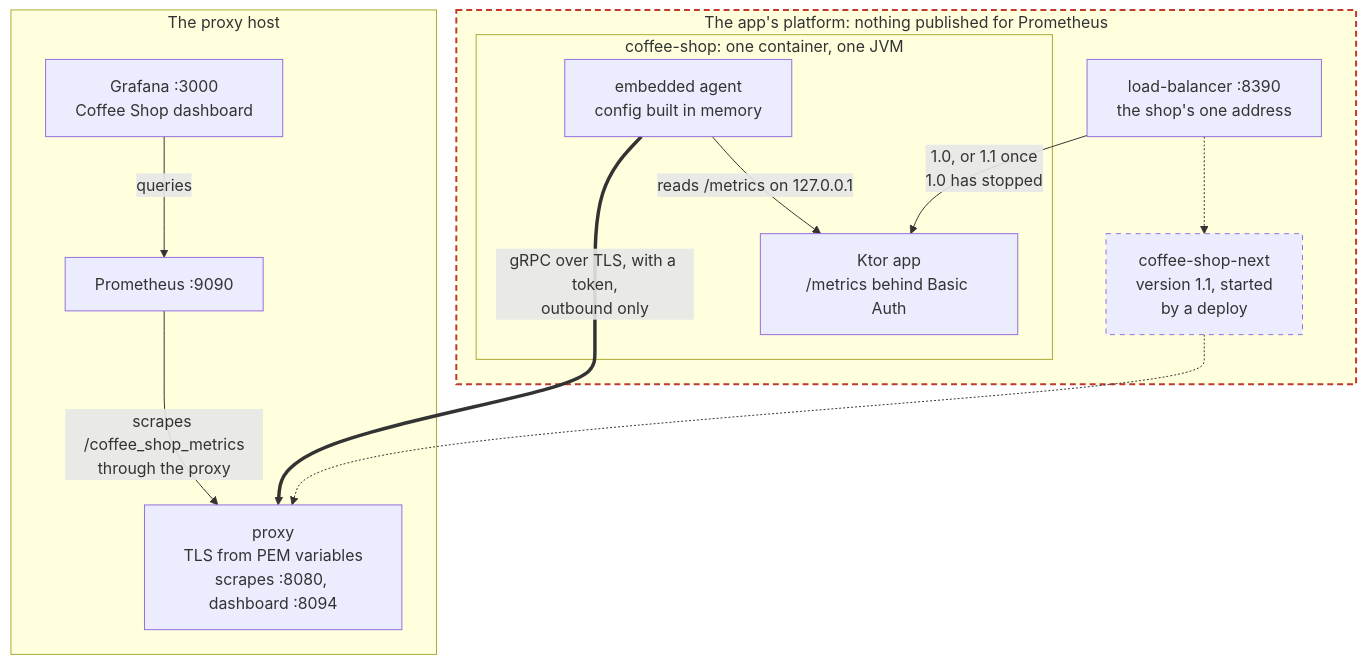
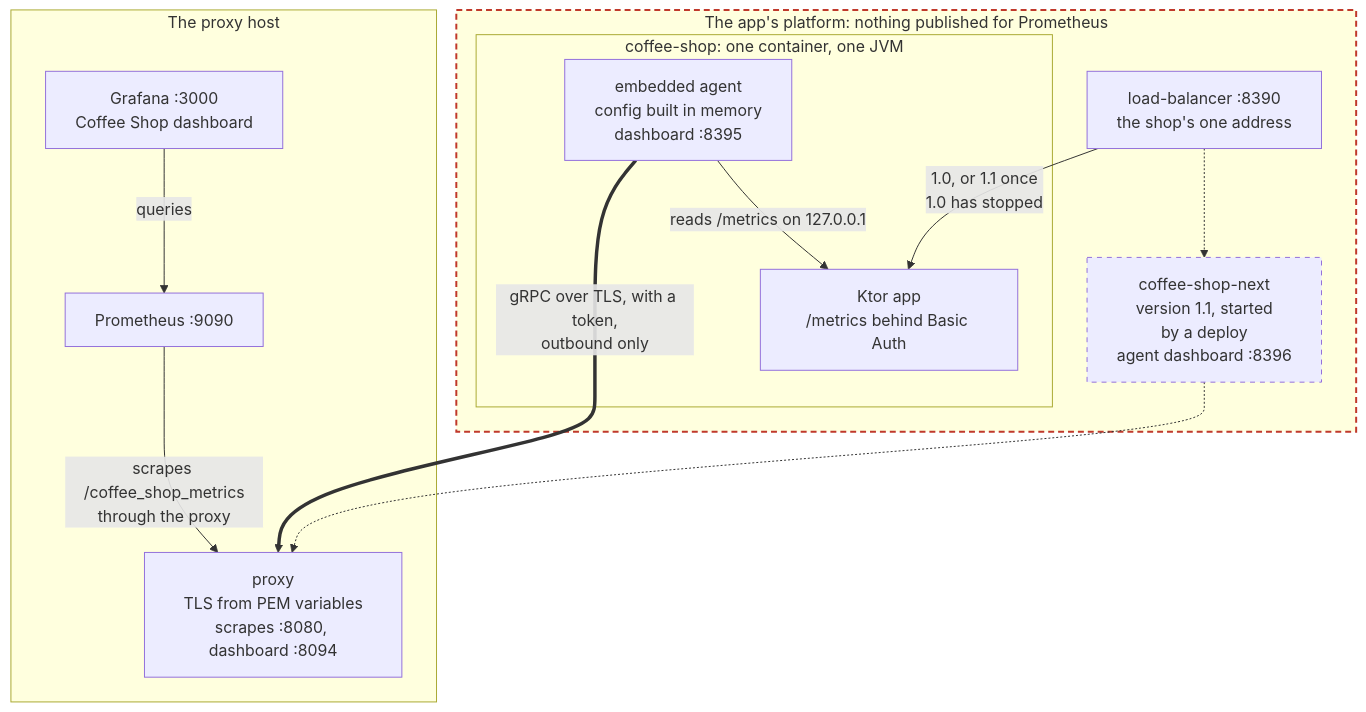
The diagram in demos/embedded/README.md (pambrose/prometheus-proxy), drawn with Mermaid before and after one commit. The commit also changed other lines of this file and 112 other files, not shown here.

First line of the commit message:
Add an Activity view to the agent's dashboard, its Helm values, a theme button, and the agent's side to every demo (#483)

````diff
--- a/demos/embedded/README.md
+++ b/demos/embedded/README.md
@@ -15,29 +15,29 @@
 ```mermaid
 flowchart TB
   subgraph platform["The app's platform: nothing published for Prometheus"]
     lb["load-balancer :8390<br/>the shop's one address"]
     subgraph app["coffee-shop: one container, one JVM"]
       ktor["Ktor app<br/>/metrics behind Basic Auth"]
-      agent["embedded agent<br/>config built in memory"]
+      agent["embedded agent<br/>config built in memory<br/>dashboard :8395"]
     end
-    next["coffee-shop-next<br/>version 1.1, started<br/>by a deploy"]
+    next["coffee-shop-next<br/>version 1.1, started<br/>by a deploy<br/>agent dashboard :8396"]
   end
 
   subgraph host["The proxy host"]
     proxy["proxy<br/>TLS from PEM variables<br/>scrapes :8080, dashboard :8094"]
     prometheus["Prometheus :9090"]
     grafana["Grafana :3000<br/>Coffee Shop dashboard"]
   end
 
   lb -->|"1.0, or 1.1 once<br/>1.0 has stopped"| ktor
   lb -.-> next
   agent -->|"reads /metrics on 127.0.0.1"| ktor
   agent ==>|"gRPC over TLS, with a token,<br/>outbound only"| proxy
   next -.-> proxy
   prometheus -->|"scrapes /coffee_shop_metrics<br/>through the proxy"| proxy
   grafana -->|queries| prometheus
 
   classDef started stroke-dasharray: 5 5
   class next started
   style platform stroke:#c0392b,stroke-width:2px,stroke-dasharray:6 4
 ```
````
